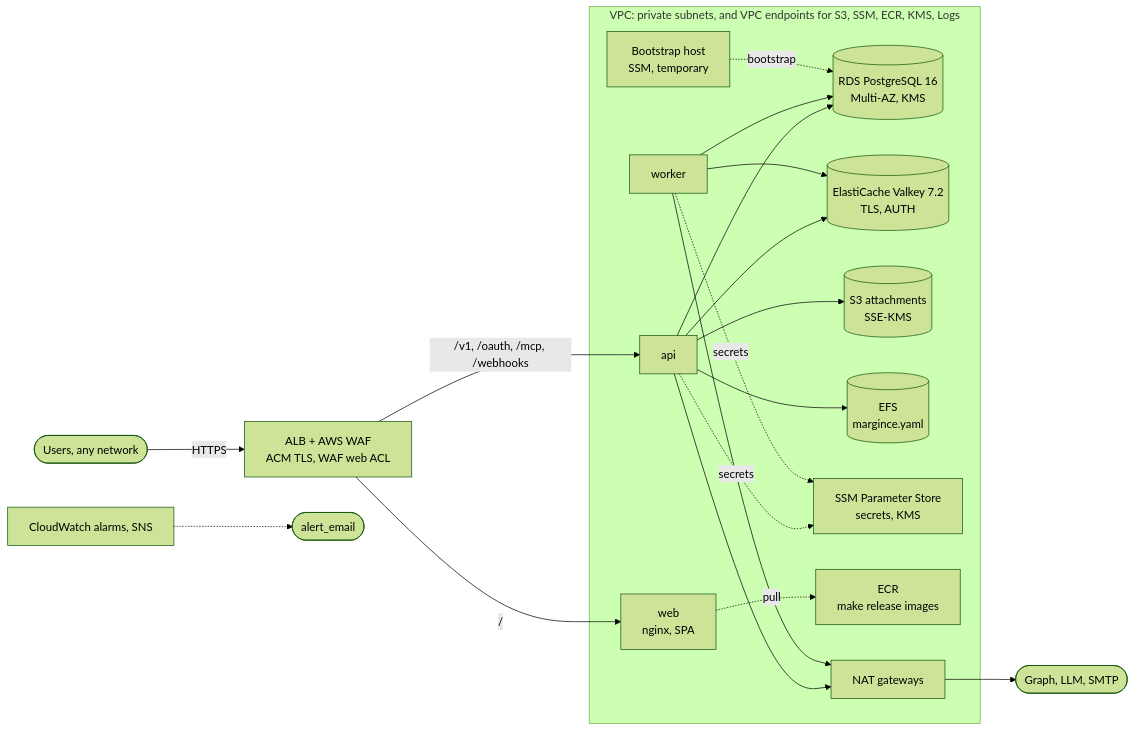
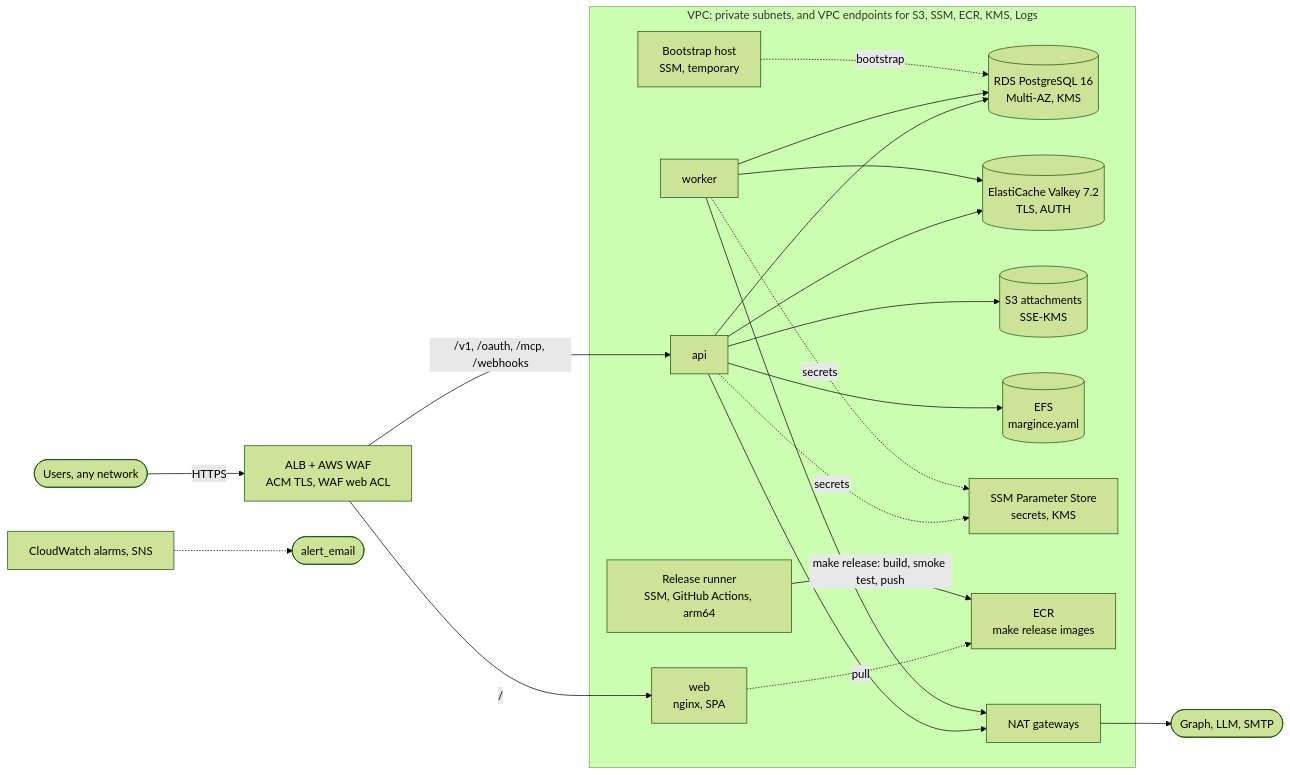
The diagram in deploy/production/aws/standard/README.md (nabilaws/template), drawn with Mermaid (forest theme) before and after one commit. The commit also changed other lines of this file and 29 other files, not shown here.

````diff
--- a/deploy/production/aws/standard/README.md
+++ b/deploy/production/aws/standard/README.md
@@ -19,33 +19,35 @@
 ```mermaid
 flowchart LR
   users(["Users, any network"]) -->|"HTTPS"| alb["ALB + AWS WAF<br/>ACM TLS, WAF web ACL"]
   subgraph vpc["VPC: private subnets, and VPC endpoints for S3, SSM, ECR, KMS, Logs"]
     web["web<br/>nginx, SPA"]
     api["api"]
     worker["worker"]
     pg[("RDS PostgreSQL 16<br/>Multi-AZ, KMS")]
     cache[("ElastiCache Valkey 7.2<br/>TLS, AUTH")]
     s3[("S3 attachments<br/>SSE-KMS")]
     efs[("EFS<br/>margince.yaml")]
     ssm["SSM Parameter Store<br/>secrets, KMS"]
     ecr["ECR<br/>make release images"]
     nat["NAT gateways"]
     ops["Bootstrap host<br/>SSM, temporary"]
+    runner["Release runner<br/>SSM, GitHub Actions, arm64"]
   end
   alb -->|"/"| web
   alb -->|"/v1, /oauth, /mcp, /webhooks"| api
   api --> pg
   api --> cache
   worker --> pg
   worker --> cache
   api --> s3
   api --> efs
   api -.->|"secrets"| ssm
   worker -.->|"secrets"| ssm
   api --> nat
   worker --> nat
   nat --> ext(["Graph, LLM, SMTP"])
   web -.->|"pull"| ecr
   ops -.->|"bootstrap"| pg
+  runner -->|"make release: build, smoke test, push"| ecr
   alarms["CloudWatch alarms, SNS"] -.-> mail(["alert_email"])
 ```
````
